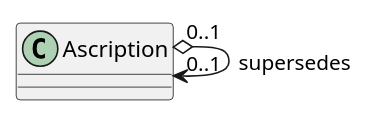
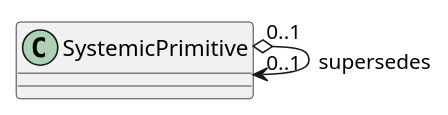
The second of 2 diagrams in README.md (poesis-cloud/sis-blackboard-manager), drawn with PlantUML before and after one commit. The commit also changed other lines of this file, not shown here.

````diff
--- a/README.md
+++ b/README.md
@@ -393,3 +378,3 @@
 ```plantuml
-Ascription "0..1" o--> "0..1" Ascription : supersedes
+SystemicPrimitive "0..1" o--> "0..1" SystemicPrimitive : supersedes
 ```
````
